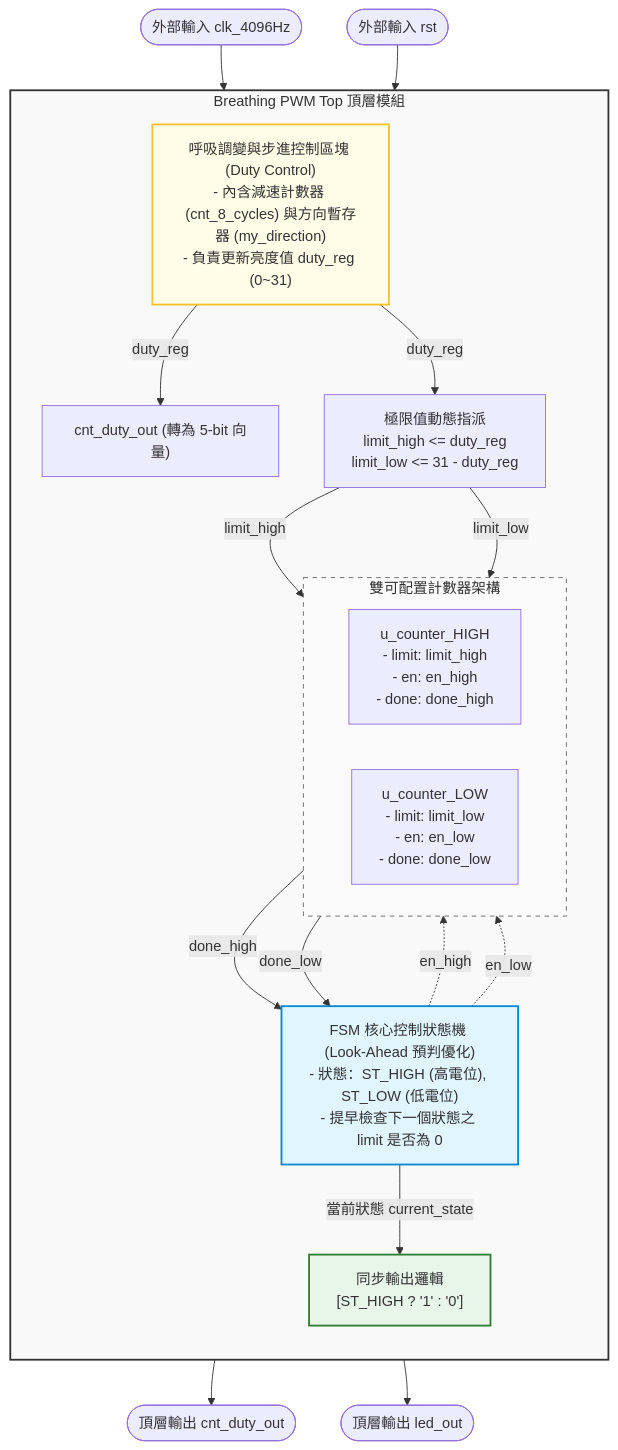
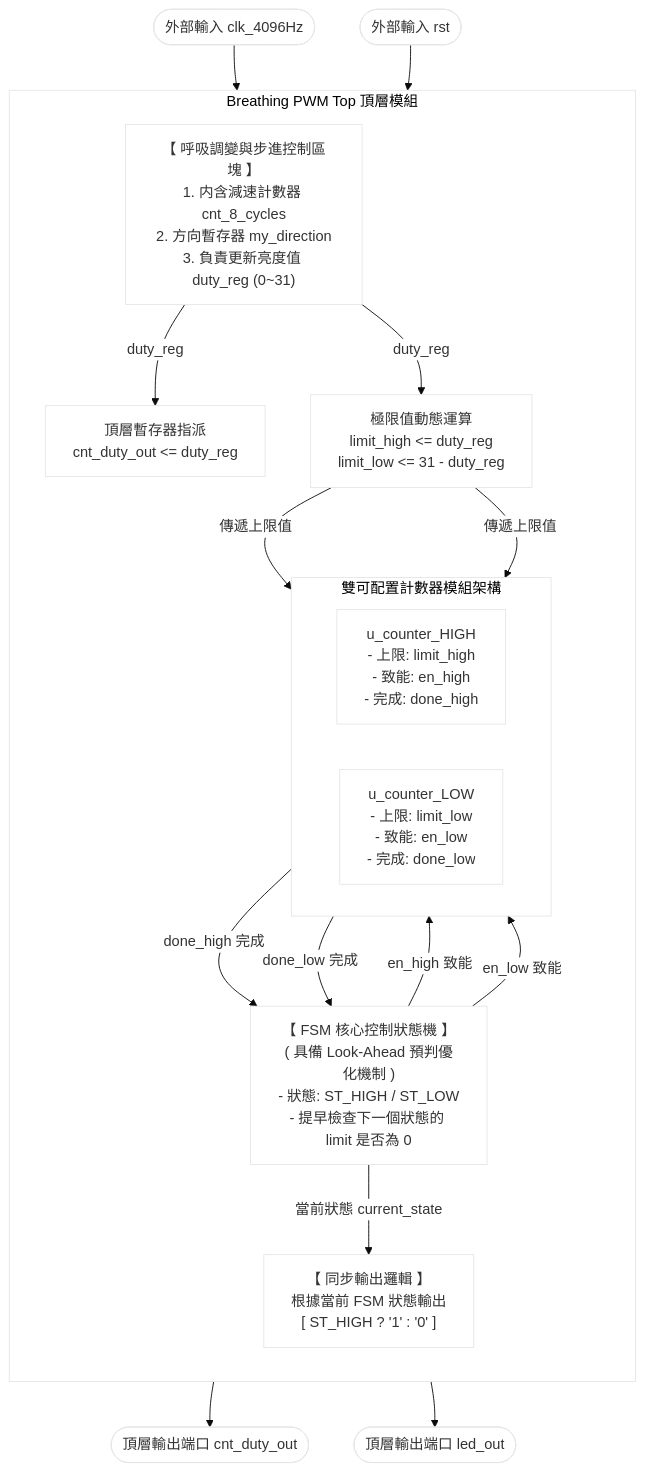
Before and after one commit to c111185103-alt/Projecj4_PWM_Breathing: the diagram in README.md, drawn with Mermaid.

````diff
--- a/README.md
+++ b/README.md
@@ -24,53 +24,47 @@
 ```mermaid
+%%{init: {'theme': 'base', 'themeVariables': { 'primaryColor': '#ffffff', 'edgeLabelBackground':'#ffffff', 'tertiaryColor': '#ffffff'}}}%%
 flowchart TD
-    %% 外部輸入訊號
+    %% 外部輸入
     clk([外部輸入 clk_4096Hz]) --> TOP
     rst([外部輸入 rst]) --> TOP
 
     subgraph TOP [Breathing PWM Top 頂層模組]
         direction TB
         
-        %% 步進控制區塊
-        DC["呼吸調變與步進控制區塊 (Duty Control)<br/>- 內含減速計數器 (cnt_8_cycles) 與方向暫存器 (my_direction)<br/>- 負責更新亮度值 duty_reg (0~31)"]
+        %% 步進控制
+        DC["【 呼吸調變與步進控制區塊 】<br/>1. 内含減速計數器 cnt_8_cycles<br/>2. 方向暫存器 my_direction<br/>3. 負責更新亮度值 duty_reg (0~31)"]
         
-        %% 訊號分支與指派
-        duty_vec["cnt_duty_out (轉為 5-bit 向量)"]
-        limits["極限值動態指派<br/>limit_high <= duty_reg<br/>limit_low <= 31 - duty_reg"]
+        %% 輸出信號分支
+        duty_vec["頂層暫存器指派<br/>cnt_duty_out <= duty_reg"]
+        limits["極限值動態運算<br/>limit_high <= duty_reg<br/>limit_low <= 31 - duty_reg"]
         
         DC -->|duty_reg| duty_vec
         DC -->|duty_reg| limits
 
-        %% 計數器子模組
-        subgraph Counters [雙可配置計數器架構]
+        %% 計數器子模組 (平行排列)
+        subgraph Counters [雙可配置計數器模組架構]
             direction LR
-            CNTH["u_counter_HIGH<br/>- limit: limit_high<br/>- en: en_high<br/>- done: done_high"]
-            CNTL["u_counter_LOW<br/>- limit: limit_low<br/>- en: en_low<br/>- done: done_low"]
+            CNTH["u_counter_HIGH<br/>- 上限: limit_high<br/>- 致能: en_high<br/>- 完成: done_high"]
+            CNTL["u_counter_LOW<br/>- 上限: limit_low<br/>- 致能: en_low<br/>- 完成: done_low"]
         end
 
-        limits -->|limit_high| CNTH
-        limits -->|limit_low| CNTL
+        limits -->|傳遞上限值| CNTH
+        limits -->|傳遞上限值| CNTL
 
         %% FSM 控制核心
-        FSM["FSM 核心控制狀態機 (Look-Ahead 預判優化)<br/>- 狀態：ST_HIGH (高電位), ST_LOW (低電位)<br/>- 提早檢查下一個狀態之 limit 是否為 0"]
+        FSM["【 FSM 核心控制狀態機 】<br/>( 具備 Look-Ahead 預判優化機制 )<br/>- 狀態: ST_HIGH / ST_LOW<br/>- 提早檢查下一個狀態的 limit 是否為 0"]
 
-        CNTH -->|done_high| FSM
-        CNTL -->|done_low| FSM
-        FSM -.->|en_high| CNTH
-        FSM -.->|en_low| CNTL
+        CNTH -->|done_high 完成| FSM
+        CNTL -->|done_low 完成| FSM
+        FSM -->|en_high 致能| CNTH
+        FSM -->|en_low 致能| CNTL
 
         %% 輸出邏輯
-        OUT["同步輸出邏輯<br/>[ST_HIGH ? '1' : '0']"]
+        OUT["【 同步輸出邏輯 】<br/>根據當前 FSM 狀態輸出<br/>[ ST_HIGH ? '1' : '0' ]"]
         FSM -->|當前狀態 current_state| OUT
     end
 
-    %% 外部輸出訊號
-    duty_vec --> out_duty([頂層輸出 cnt_duty_out])
-    OUT --> led([頂層輸出 led_out])
-
-    %% 區塊美化配色 (GitHub 自動套用)
-    style TOP fill:#f9f9f9,stroke:#333,stroke-width:2px
-    style Counters fill:#fafafa,stroke:#666,stroke-dasharray: 5 5
-    style FSM fill:#e1f5fe,stroke:#0288d1,stroke-width:2px
-    style DC fill:#fffde7,stroke:#fbc02d,stroke-width:2px
-    style OUT fill:#e8f5e9,stroke:#2e7d32,stroke-width:2px
+    %% 外部輸出
+    duty_vec --> out_duty([頂層輸出端口 cnt_duty_out])
+    OUT --> led([頂層輸出端口 led_out])
 ```
````
